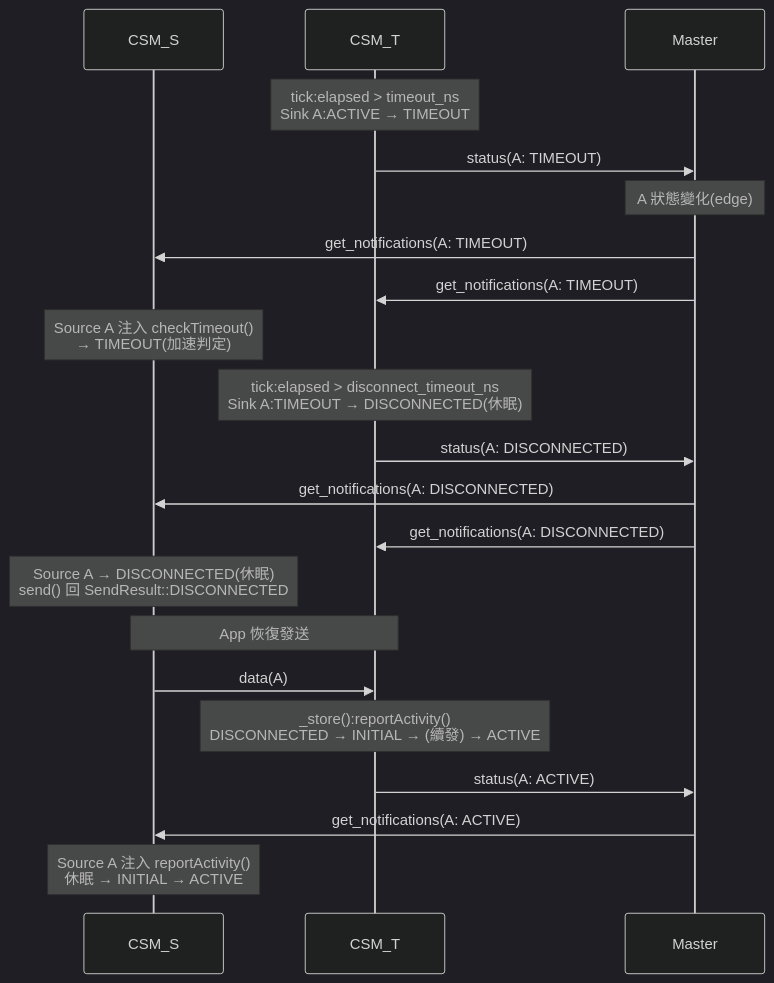
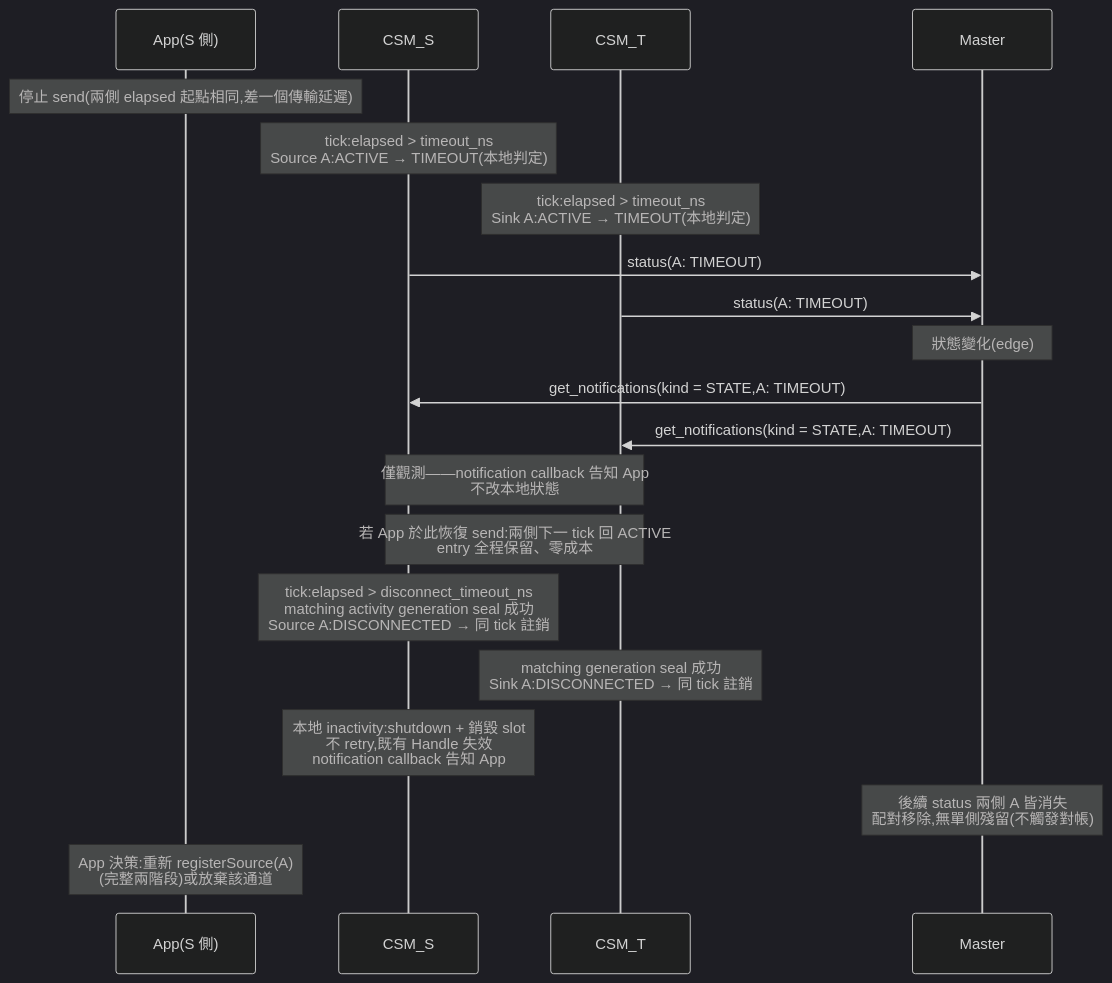
One commit to cocobird231/rv2_project changed the ninth of 43 diagrams in r1_design_draft.md. Above: the diagram before and after it, drawn with Mermaid (dark theme). The commit also changed other lines of this file and 1 other file, not shown here.

Commit message:
docs: integrate timeout and disconnect design v1.1.0

````diff
--- a/r1_design_draft.md
+++ b/r1_design_draft.md
@@ -1506,26 +2184,25 @@
 ```mermaid
 sequenceDiagram
+    participant App as App(S 側)
     participant S as CSM_S
     participant T as CSM_T
     participant M as Master
 
-    Note over T: tick:elapsed > timeout_ns<br/>Sink A:ACTIVE → TIMEOUT
+    Note over App: 停止 send(兩側 elapsed 起點相同,差一個傳輸延遲)
+    Note over S: tick:elapsed > timeout_ns<br/>Source A:ACTIVE → TIMEOUT(本地判定)
+    Note over T: tick:elapsed > timeout_ns<br/>Sink A:ACTIVE → TIMEOUT(本地判定)
+    S->>M: status(A: TIMEOUT)
     T->>M: status(A: TIMEOUT)
-    Note over M: A 狀態變化(edge)
-    M->>S: get_notifications(A: TIMEOUT)
-    M->>T: get_notifications(A: TIMEOUT)
-    Note over S: Source A 注入 checkTimeout()<br/>→ TIMEOUT(加速判定)
+    Note over M: 狀態變化(edge)
+    M->>S: get_notifications(kind = STATE,A: TIMEOUT)
+    M->>T: get_notifications(kind = STATE,A: TIMEOUT)
+    Note over S,T: 僅觀測——notification callback 告知 App<br/>不改本地狀態
 
-    Note over T: tick:elapsed > disconnect_timeout_ns<br/>Sink A:TIMEOUT → DISCONNECTED(休眠)
-    T->>M: status(A: DISCONNECTED)
-    M->>S: get_notifications(A: DISCONNECTED)
-    M->>T: get_notifications(A: DISCONNECTED)
-    Note over S: Source A → DISCONNECTED(休眠)<br/>send() 回 SendResult::DISCONNECTED
+    Note over S,T: 若 App 於此恢復 send:兩側下一 tick 回 ACTIVE<br/>entry 全程保留、零成本
 
-    Note over S,T: App 恢復發送
-    S->>T: data(A)
-    Note over T: _store():reportActivity()<br/>DISCONNECTED → INITIAL → (續發) → ACTIVE
-    T->>M: status(A: ACTIVE)
-    M->>S: get_notifications(A: ACTIVE)
-    Note over S: Source A 注入 reportActivity()<br/>休眠 → INITIAL → ACTIVE
+    Note over S: tick:elapsed > disconnect_timeout_ns<br/>matching activity generation seal 成功<br/>Source A:DISCONNECTED → 同 tick 註銷
+    Note over T: matching generation seal 成功<br/>Sink A:DISCONNECTED → 同 tick 註銷
+    Note over S: 本地 inactivity:shutdown + 銷毀 slot<br/>不 retry,既有 Handle 失效<br/>notification callback 告知 App
+    Note over M: 後續 status 兩側 A 皆消失<br/>配對移除,無單側殘留(不觸發對帳)
+    Note over App: App 決策:重新 registerSource(A)<br/>(完整兩階段)或放棄該通道
 ```
````
